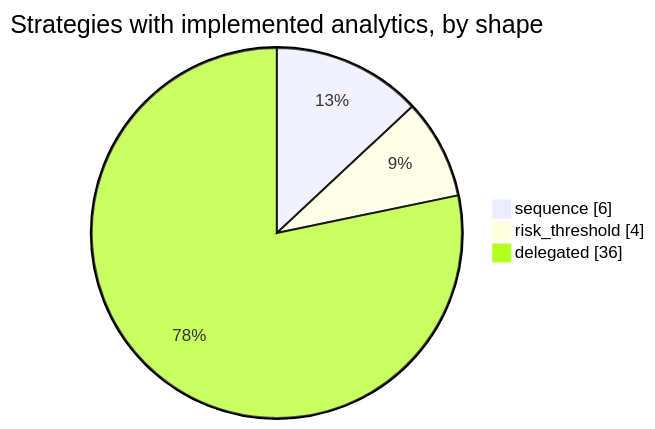
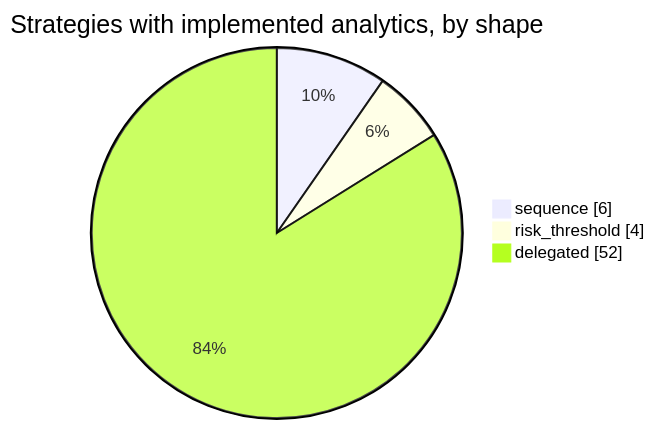
One commit to dev-nobytes-io/mitre-defensive-mappings-spl changed the second of 2 diagrams in docs/strategies/README.md. Above: the diagram before and after it, drawn with Mermaid. The commit also changed other lines of this file and 59 other files, not shown here.

````diff
--- a/docs/strategies/README.md
+++ b/docs/strategies/README.md
@@ -19,7 +19,7 @@
 ```mermaid
 pie showData
     title Strategies with implemented analytics, by shape
     "sequence" : 6
     "risk_threshold" : 4
-    "delegated" : 36
+    "delegated" : 52
 ```
````
